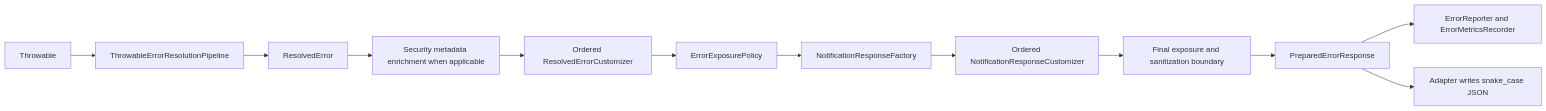
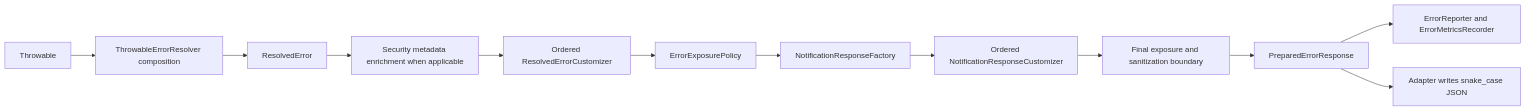
The diagram in docs/error-handling.md (Gazu/spring-boot-service-framework), drawn with Mermaid before and after one commit. The commit also changed other lines of this file and 560 other files, not shown here.

````diff
--- a/docs/error-handling.md
+++ b/docs/error-handling.md
@@ -126,14 +126,14 @@
 ```mermaid
 flowchart LR
-    Failure["Throwable"] --> Resolver["ThrowableErrorResolutionPipeline"]
+    Failure["Throwable"] --> Resolver["ThrowableErrorResolver composition"]
     Resolver --> Resolved["ResolvedError"]
     Resolved --> SecurityMetadata["Security metadata enrichment when applicable"]
     SecurityMetadata --> Customize["Ordered ResolvedErrorCustomizer"]
     Customize --> Exposure["ErrorExposurePolicy"]
     Exposure --> Factory["NotificationResponseFactory"]
     Factory --> ResponseCustomize["Ordered NotificationResponseCustomizer"]
     ResponseCustomize --> Safety["Final exposure and sanitization boundary"]
     Safety --> Prepared["PreparedErrorResponse"]
     Prepared --> Report["ErrorReporter and ErrorMetricsRecorder"]
     Prepared --> Json["Adapter writes snake_case JSON"]
 ```
````
